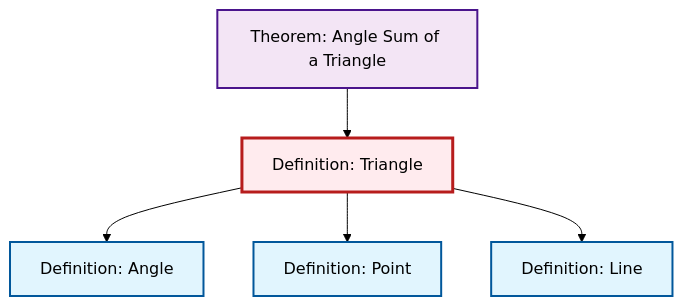
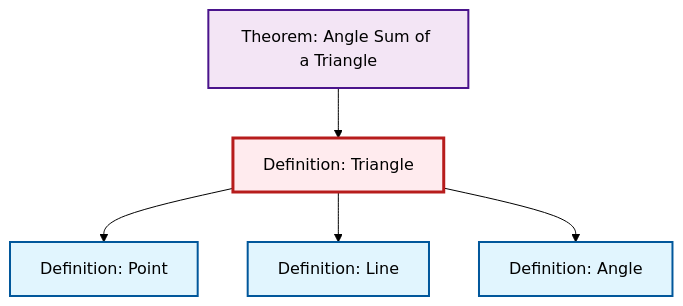
The diagram in content/ja/geometry/def-triangle.qmd (RK0429/ModernMath), drawn with Mermaid (forest theme) before and after one commit. The commit also changed other lines of this file and 434 other files, not shown here.

````diff
--- a/content/ja/geometry/def-triangle.qmd
+++ b/content/ja/geometry/def-triangle.qmd
@@ -60,23 +60,23 @@
 ```{mermaid}
 %%| fig-cap: "Local dependency graph"
 graph TD
     classDef definition fill:#e1f5fe,stroke:#01579b,stroke-width:2px
     classDef theorem fill:#f3e5f5,stroke:#4a148c,stroke-width:2px
     classDef axiom fill:#fff3e0,stroke:#e65100,stroke-width:2px
     classDef example fill:#e8f5e9,stroke:#1b5e20,stroke-width:2px
     classDef current fill:#ffebee,stroke:#b71c1c,stroke-width:3px
-    def-point["Definition: Point"]:::definition
     thm-angle-sum-triangle["Theorem: Angle Sum of a Triangle"]:::theorem
+    def-line["Definition: Line"]:::definition
     def-triangle["Definition: Triangle"]:::definition
     def-angle["Definition: Angle"]:::definition
-    def-line["Definition: Line"]:::definition
+    def-point["Definition: Point"]:::definition
+    thm-angle-sum-triangle --> def-triangle
+    def-triangle --> def-point
+    def-triangle --> def-line
     def-triangle --> def-angle
-    def-triangle --> def-point
-    thm-angle-sum-triangle --> def-triangle
-    def-triangle --> def-line
     class def-triangle current
+    click thm-angle-sum-triangle "thm-angle-sum-triangle.html" "Theorem: Angle Sum of a Triangleへ"
+    click def-line "def-line.html" "Definition: Lineへ"
+    click def-angle "def-angle.html" "Definition: Angleへ"
     click def-point "def-point.html" "Definition: Pointへ"
-    click thm-angle-sum-triangle "thm-angle-sum-triangle.html" "Theorem: Angle Sum of a Triangleへ"
-    click def-angle "def-angle.html" "Definition: Angleへ"
-    click def-line "def-line.html" "Definition: Lineへ"
 ```
````
